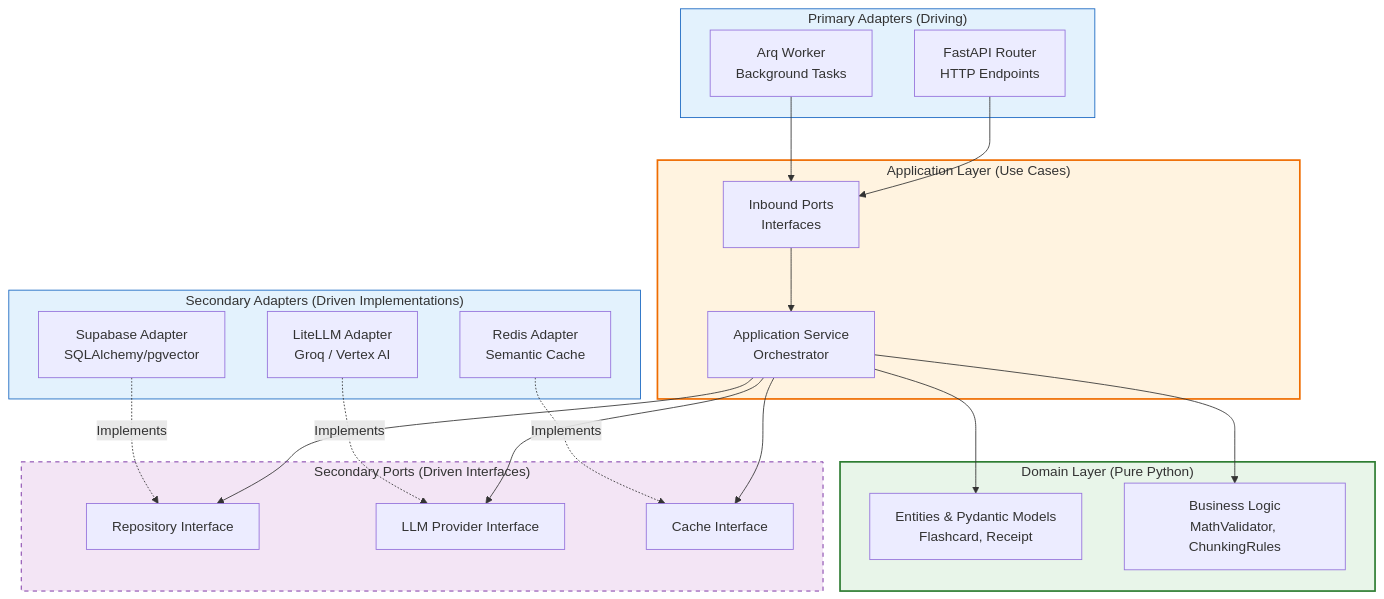
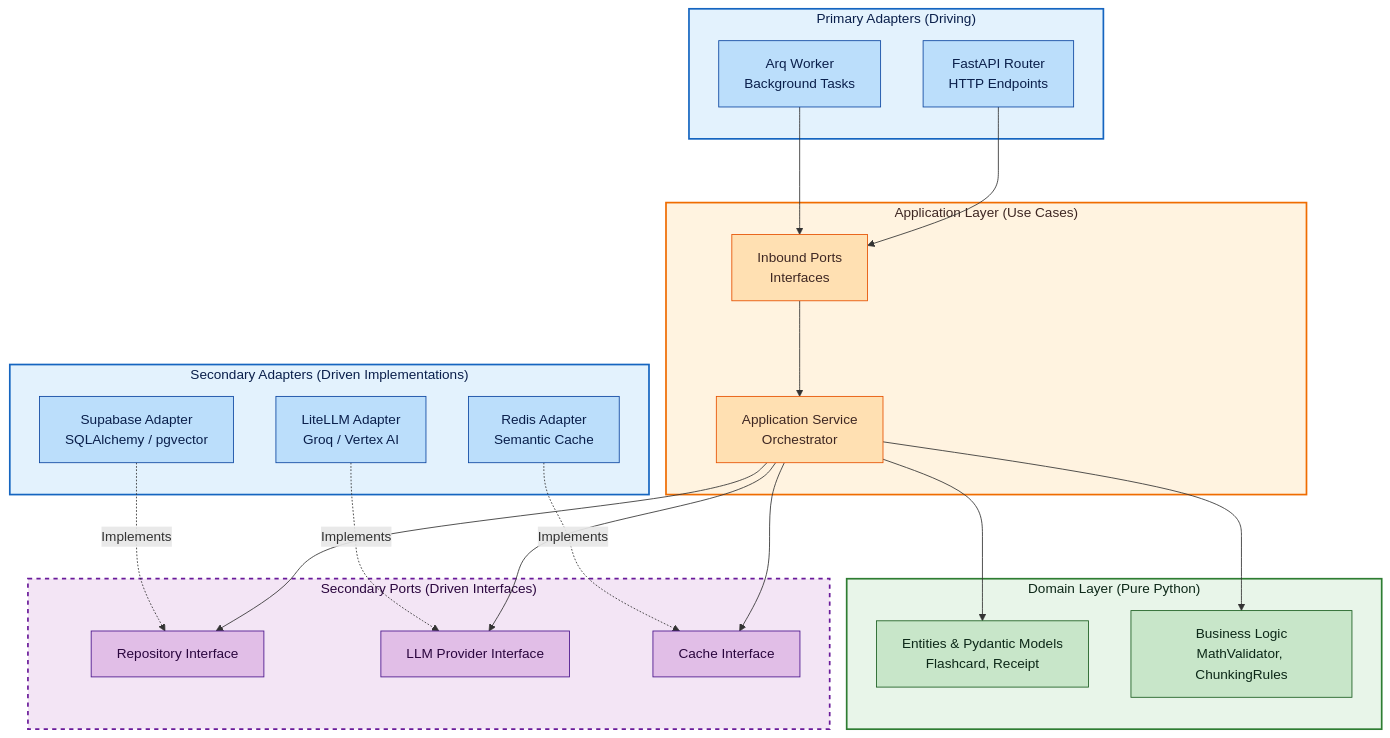
Before and after one commit to JMMAILabs/frugal-fortress-architecture: the diagram in docs/diagrams/core/hexagonal_module_template.md, drawn with Mermaid. The commit also changed 9 other files, not shown here.

Commit message:
diagrams updated for legibility and updated changes

````diff
--- a/docs/diagrams/core/hexagonal_module_template.md
+++ b/docs/diagrams/core/hexagonal_module_template.md
@@ -5,52 +5,65 @@
 ```mermaid
+%%{init: {'theme':'default', 'flowchart':{'nodeSpacing':50, 'rankSpacing':75}}}%%
 graph TD
     subgraph Primary_Adapters ["Primary Adapters (Driving)"]
-        Router[FastAPI Router\nHTTP Endpoints]
-        Worker[Arq Worker\nBackground Tasks]
+        Router["FastAPI Router<br/>HTTP Endpoints"]
+        Worker["Arq Worker<br/>Background Tasks"]
     end
 
     subgraph Application_Layer["Application Layer (Use Cases)"]
-        Service[Application Service\nOrchestrator]
-        PortIn[Inbound Ports\nInterfaces]
+        PortIn["Inbound Ports<br/>Interfaces"]
+        Service["Application Service<br/>Orchestrator"]
     end
 
     subgraph Domain_Layer ["Domain Layer (Pure Python)"]
-        Entities[Entities & Pydantic Models\nFlashcard, Receipt]
-        Logic[Business Logic\nMathValidator, ChunkingRules]
+        Entities["Entities & Pydantic Models<br/>Flashcard, Receipt"]
+        Logic["Business Logic<br/>MathValidator, ChunkingRules"]
     end
 
     subgraph Secondary_Ports ["Secondary Ports (Driven Interfaces)"]
-        RepoPort[Repository Interface]
-        LLMPort[LLM Provider Interface]
-        CachePort[Cache Interface]
+        RepoPort["Repository Interface"]
+        LLMPort["LLM Provider Interface"]
+        CachePort["Cache Interface"]
     end
 
     subgraph Secondary_Adapters ["Secondary Adapters (Driven Implementations)"]
-        Supabase[Supabase Adapter\nSQLAlchemy/pgvector]
-        LiteLLM[LiteLLM Adapter\nGroq / Vertex AI]
-        Redis[Redis Adapter\nSemantic Cache]
+        Supabase["Supabase Adapter<br/>SQLAlchemy / pgvector"]
+        LiteLLM["LiteLLM Adapter<br/>Groq / Vertex AI"]
+        Redis["Redis Adapter<br/>Semantic Cache"]
     end
 
     %% Flow of Control
     Router --> PortIn
     Worker --> PortIn
     PortIn --> Service
     Service --> Entities
     Service --> Logic
-    
+
     Service --> RepoPort
     Service --> LLMPort
     Service --> CachePort
 
     %% Dependency Inversion (Adapters implement Ports)
     Supabase -.->|Implements| RepoPort
     LiteLLM -.->|Implements| LLMPort
     Redis -.->|Implements| CachePort
 
-    %% Styling for clarity
-    style Domain_Layer fill:#e8f5e9,stroke:#2e7d32,stroke-width:2px,color:#333333
-    style Application_Layer fill:#fff3e0,stroke:#ef6c00,stroke-width:2px,color:#333333
-    style Primary_Adapters fill:#e3f2fd,stroke:#1565c0,color:#333333
-    style Secondary_Adapters fill:#e3f2fd,stroke:#1565c0,color:#333333
-    style Secondary_Ports fill:#f3e5f5,stroke:#6a1b9a,stroke-dasharray: 5 5,color:#333333
+    %% Subgraph styling
+    style Domain_Layer fill:#e8f5e9,stroke:#2e7d32,stroke-width:2px,color:#0d2818
+    style Application_Layer fill:#fff3e0,stroke:#ef6c00,stroke-width:2px,color:#3e2723
+    style Primary_Adapters fill:#e3f2fd,stroke:#1565c0,stroke-width:2px,color:#0a1f4b
+    style Secondary_Adapters fill:#e3f2fd,stroke:#1565c0,stroke-width:2px,color:#0a1f4b
+    style Secondary_Ports fill:#f3e5f5,stroke:#6a1b9a,stroke-width:2px,color:#2a063e,stroke-dasharray: 5 5
+
+    %% Node styling — explicit dark text for dark-mode contrast
+    classDef primary fill:#bbdefb,stroke:#0d47a1,stroke-width:1px,color:#0a1f4b
+    classDef app fill:#ffe0b2,stroke:#e65100,stroke-width:1px,color:#3e2723
+    classDef domain fill:#c8e6c9,stroke:#1b5e20,stroke-width:1px,color:#0d2818
+    classDef port fill:#e1bee7,stroke:#4a148c,stroke-width:1px,color:#2a063e
+    classDef adapter fill:#bbdefb,stroke:#0d47a1,stroke-width:1px,color:#0a1f4b
+    class Router,Worker primary
+    class PortIn,Service app
+    class Entities,Logic domain
+    class RepoPort,LLMPort,CachePort port
+    class Supabase,LiteLLM,Redis adapter
 ```
````
